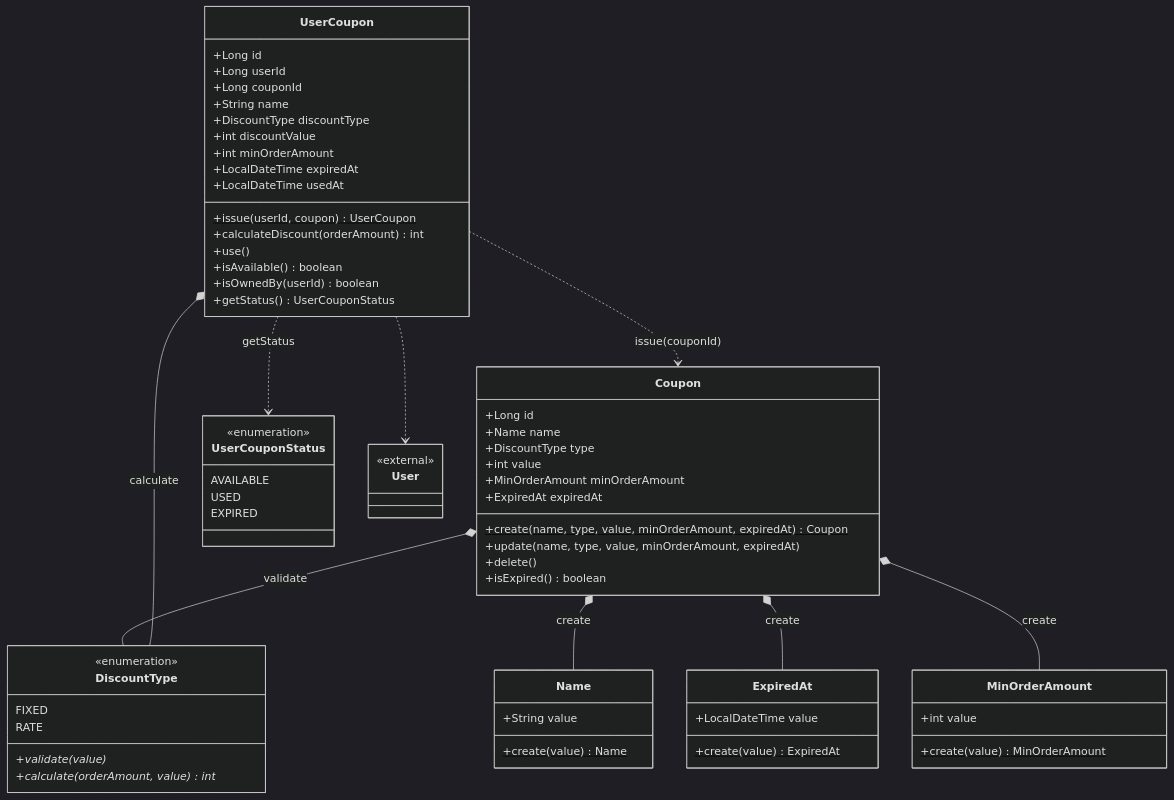
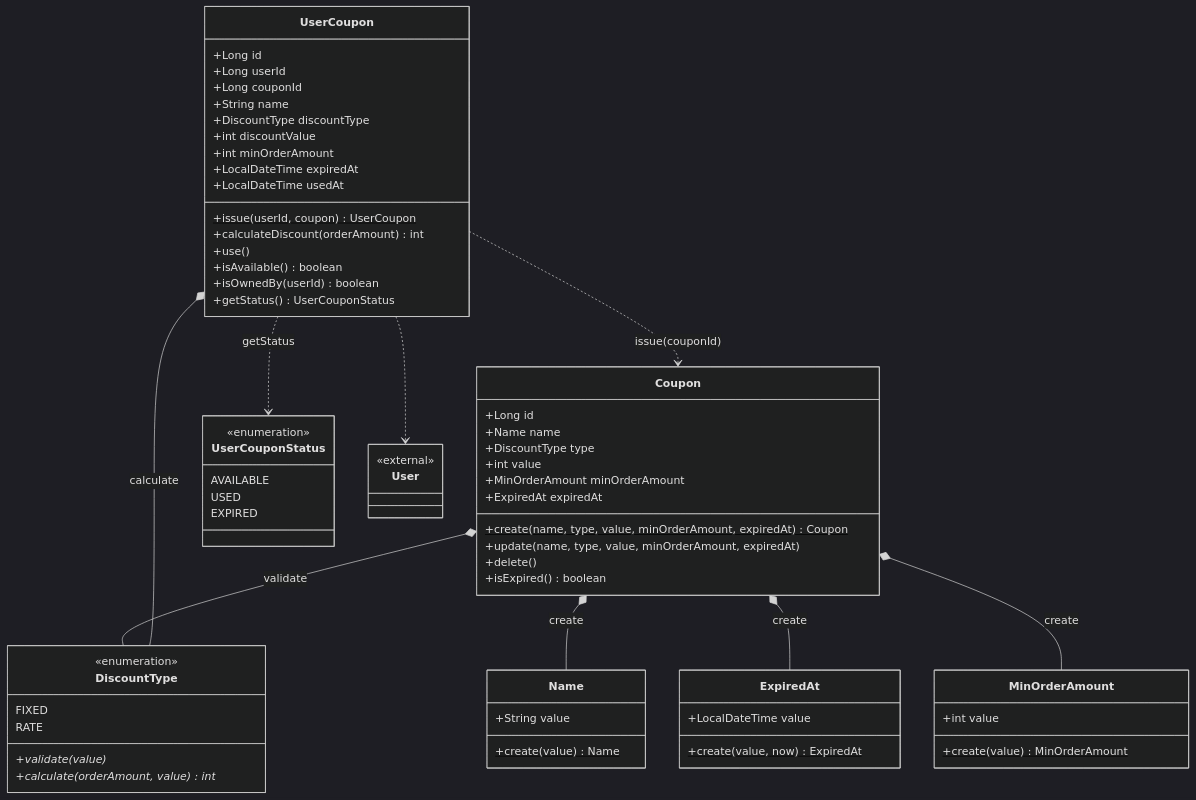
The second of 3 diagrams in docs/volume-4/03-class-diagram.md (loopers-labs/loop-pack-be-l2-vol4-java), drawn with Mermaid (dark theme) before and after one commit. The commit also changed other lines of this file and 18 other files, not shown here.

````diff
--- a/docs/volume-4/03-class-diagram.md
+++ b/docs/volume-4/03-class-diagram.md
@@ -121,69 +121,69 @@
 ```mermaid
 classDiagram
     class Coupon {
         +Long id
         +Name name
         +DiscountType type
         +int value
         +MinOrderAmount minOrderAmount
         +ExpiredAt expiredAt
         +create(name, type, value, minOrderAmount, expiredAt)$ Coupon
         +update(name, type, value, minOrderAmount, expiredAt)
         +delete()
         +isExpired() boolean
     }
     class UserCoupon {
         +Long id
         +Long userId
         +Long couponId
         +String name
         +DiscountType discountType
         +int discountValue
         +int minOrderAmount
         +LocalDateTime expiredAt
         +LocalDateTime usedAt
         +issue(userId, coupon)$ UserCoupon
         +calculateDiscount(orderAmount) int
         +use()
         +isAvailable() boolean
         +isOwnedBy(userId) boolean
         +getStatus() UserCouponStatus
     }
     class Name {
         +String value
         +create(value)$ Name
     }
     class ExpiredAt {
         +LocalDateTime value
-        +create(value)$ ExpiredAt
+        +create(value, now)$ ExpiredAt
     }
     class MinOrderAmount {
         +int value
         +create(value)$ MinOrderAmount
     }
     class DiscountType {
         <<enumeration>>
         FIXED
         RATE
         +validate(value)*
         +calculate(orderAmount, value)* int
     }
     class UserCouponStatus {
         <<enumeration>>
         AVAILABLE
         USED
         EXPIRED
     }
     class User {
         <<external>>
     }
 
     Coupon *-- Name : create
     Coupon *-- ExpiredAt : create
     Coupon *-- MinOrderAmount : create
     Coupon *-- DiscountType : validate
     UserCoupon *-- DiscountType : calculate
     UserCoupon ..> UserCouponStatus : getStatus
     UserCoupon ..> Coupon : issue(couponId)
     UserCoupon ..> User
 ```
````
